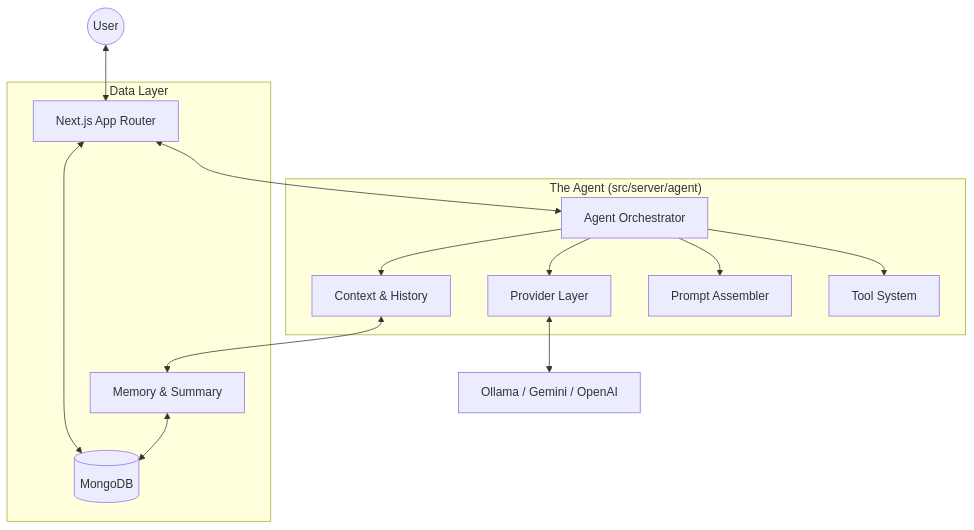
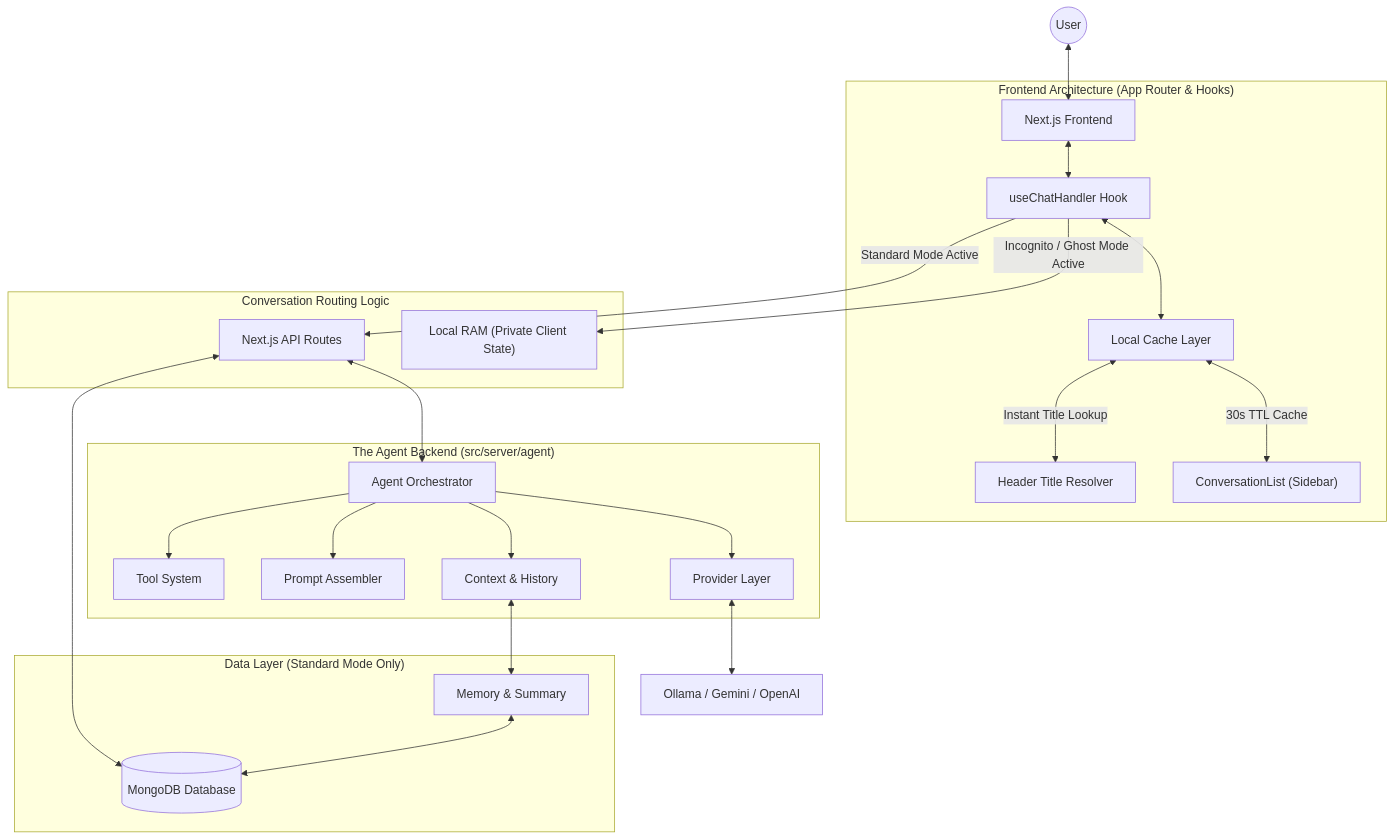
The diagram in docs/architecture.md (DushyantKumardev/maya-ai), drawn with Mermaid before and after one commit. The commit also changed 19 other files, not shown here.

Commit message:
feat: integrate serverless compatibility, dynamic cloud storage, caching improvements, and local incognito mode

````diff
--- a/docs/architecture.md
+++ b/docs/architecture.md
@@ -11,20 +11,32 @@
 ```mermaid
 graph TD
-    User((User)) <--> NextJS[Next.js App Router]
-    NextJS <--> Orchestrator[Agent Orchestrator]
+    User((User)) <--> NextJS[Next.js Frontend]
     
-    subgraph "The Agent (src/server/agent)"
-        Orchestrator --> Provider[Provider Layer]
-        Orchestrator --> Context[Context & History]
-        Orchestrator --> Prompt[Prompt Assembler]
-        Orchestrator --> Tools[Tool System]
+    subgraph Frontend ["Frontend Architecture (App Router & Hooks)"]
+        NextJS <--> useChat["useChatHandler Hook"]
+        useChat <--> CacheLayer["Local Cache Layer"]
+        CacheLayer <--> |"30s TTL Cache"| Sidebar["ConversationList (Sidebar)"]
+        CacheLayer <--> |"Instant Title Lookup"| Header["Header Title Resolver"]
+    end
+
+    subgraph LogicFlow ["Conversation Routing Logic"]
+        useChat --> |"Incognito / Ghost Mode Active"| LocalRAM["Local RAM (Private Client State)"]
+        useChat --> |"Standard Mode Active"| API["Next.js API Routes"]
+    end
+
+    subgraph Backend ["The Agent Backend (src/server/agent)"]
+        API <--> Orchestrator["Agent Orchestrator"]
+        Orchestrator --> Provider["Provider Layer"]
+        Orchestrator --> Context["Context & History"]
+        Orchestrator --> Prompt["Prompt Assembler"]
+        Orchestrator --> Tools["Tool System"]
     end
     
-    subgraph "Data Layer"
-        Context <--> Memory[Memory & Summary]
-        Memory <--> MongoDB[(MongoDB)]
-        NextJS <--> MongoDB
+    subgraph Data ["Data Layer (Standard Mode Only)"]
+        API <--> MongoDB[("MongoDB Database")]
+        Context <--> Memory["Memory & Summary"]
+        Memory <--> MongoDB
     end
     
-    Provider <--> LLM[Ollama / Gemini / OpenAI]
+    Provider <--> LLM["Ollama / Gemini / OpenAI"]
 ```
````
